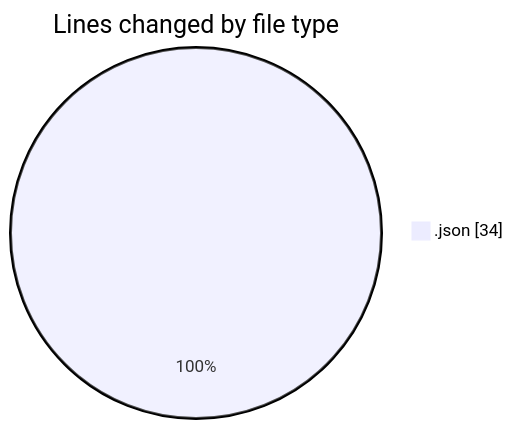
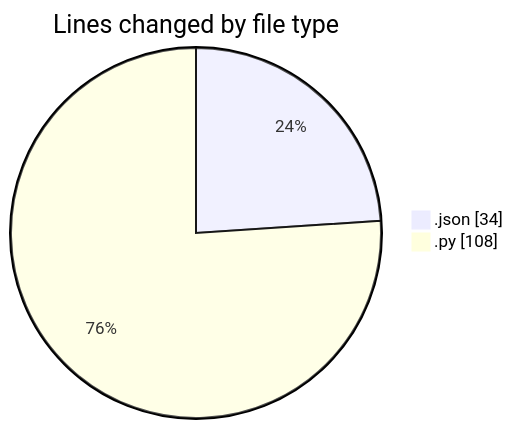
The first of 2 diagrams in 2026-07-28/nxtqube_webapp/README.md (nxtqubesakshisongat/code-tracking), drawn with Mermaid before and after one commit. The commit also changed other lines of this file and 1 other file, not shown here.

````diff
--- a/2026-07-28/nxtqube_webapp/README.md
+++ b/2026-07-28/nxtqube_webapp/README.md
@@ -20,5 +21,6 @@
 ```mermaid
 pie showData
 title Lines changed by file type
 ".json" : 34
+".py" : 108
 ```
````
